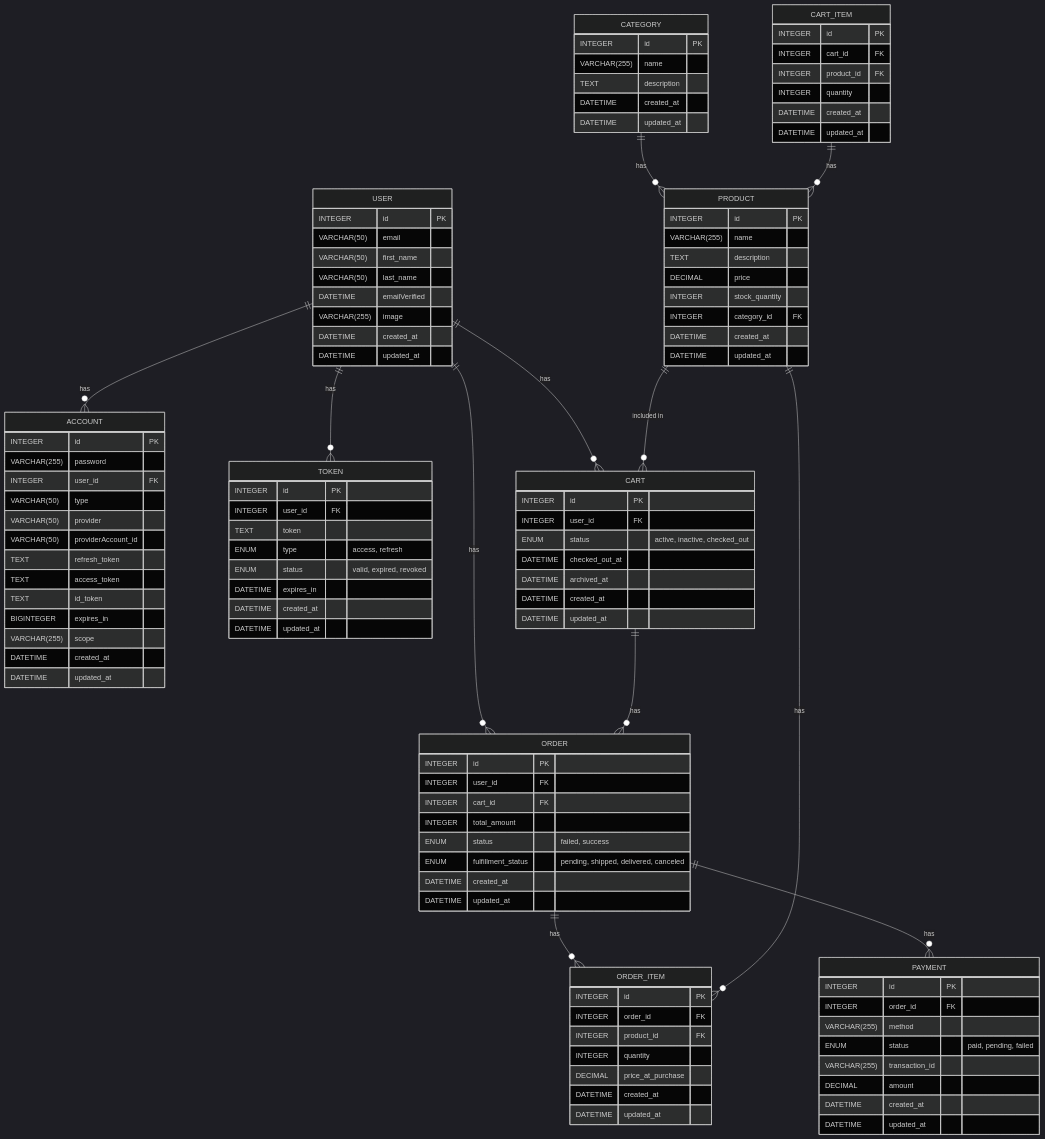
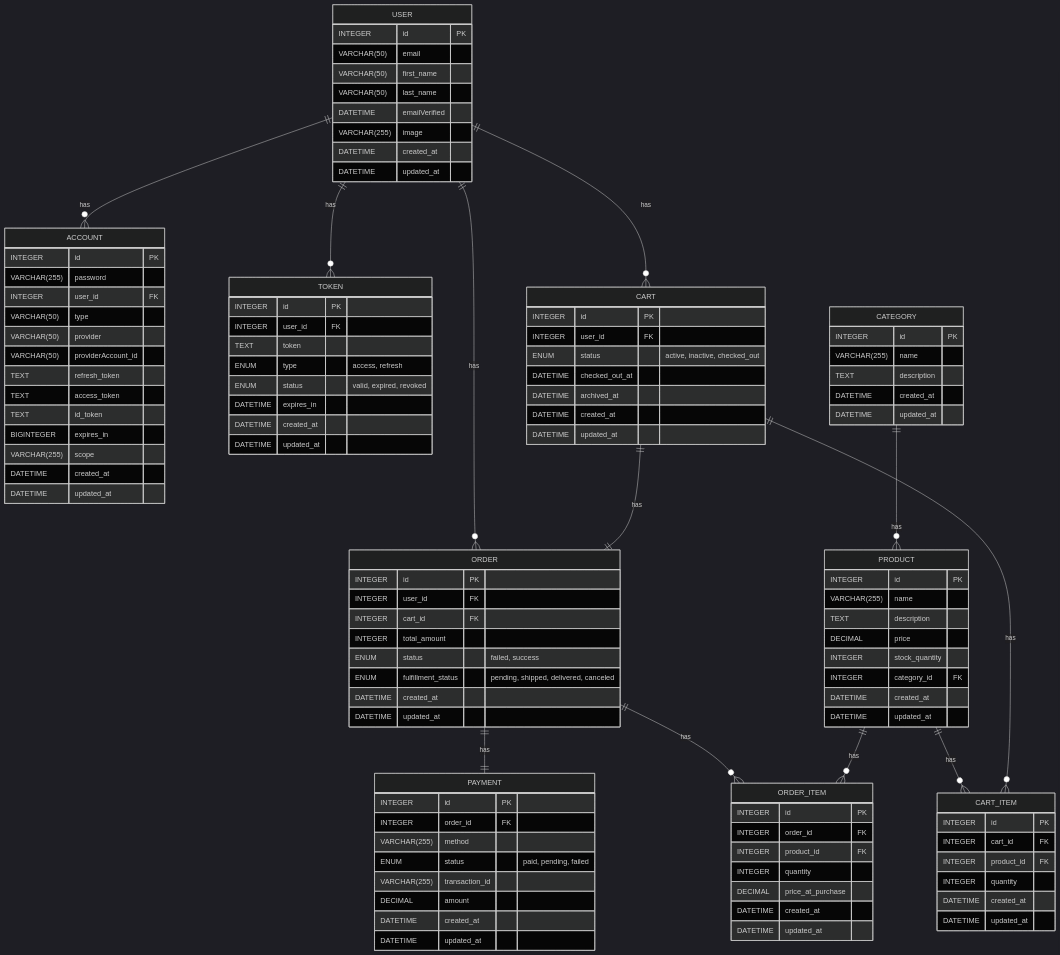
Before and after one commit to Al-Ghoul/E-CommerceAPI: the diagram in app/migrations/README.md, drawn with Mermaid. The commit also changed 1 other file, not shown here.

Commit message:
docs: finalize the ERD & relations

````diff
--- a/app/migrations/README.md
+++ b/app/migrations/README.md
@@ -5,20 +5,23 @@
 ```mermaid
 %%{init: {'theme':'dark'}}%%
 erDiagram
+
 
 USER ||--}o ACCOUNT : has
 USER ||--}o TOKEN : has
 USER ||--}o CART : has
 USER ||--}o ORDER : has
+
 CATEGORY ||--}o PRODUCT : has
 
-PRODUCT ||--}o CART : "included in"
-CART_ITEM ||--}o PRODUCT : has
+ORDER ||--|| PAYMENT : has
+ORDER ||--}o ORDER_ITEM : has
 
-ORDER ||--}o ORDER_ITEM : has
+PRODUCT ||--}o CART_ITEM : has
 PRODUCT ||--}o ORDER_ITEM : has
-ORDER ||--}o PAYMENT : has
-CART ||--}o ORDER : has
+
+CART ||--}o CART_ITEM : has
+CART ||--|| ORDER : has
 
 
 
````
